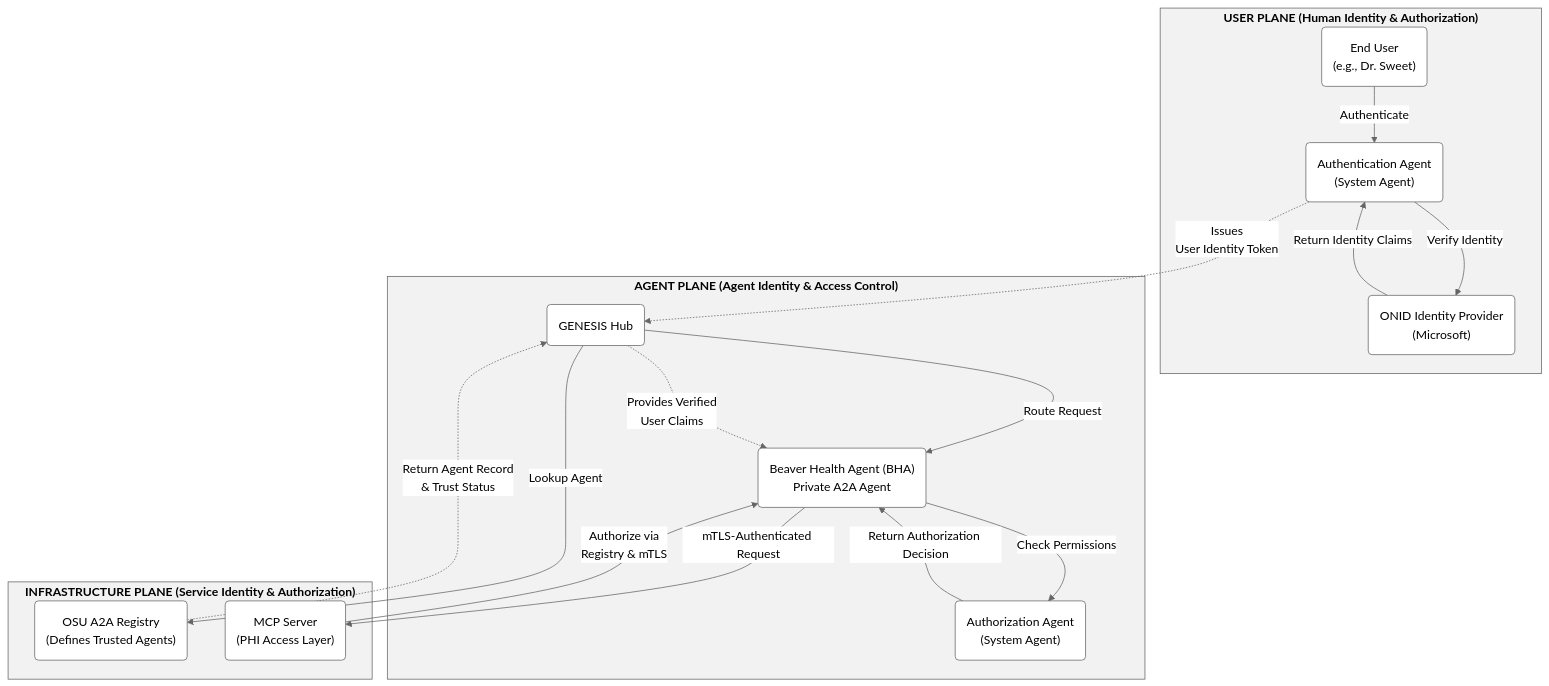
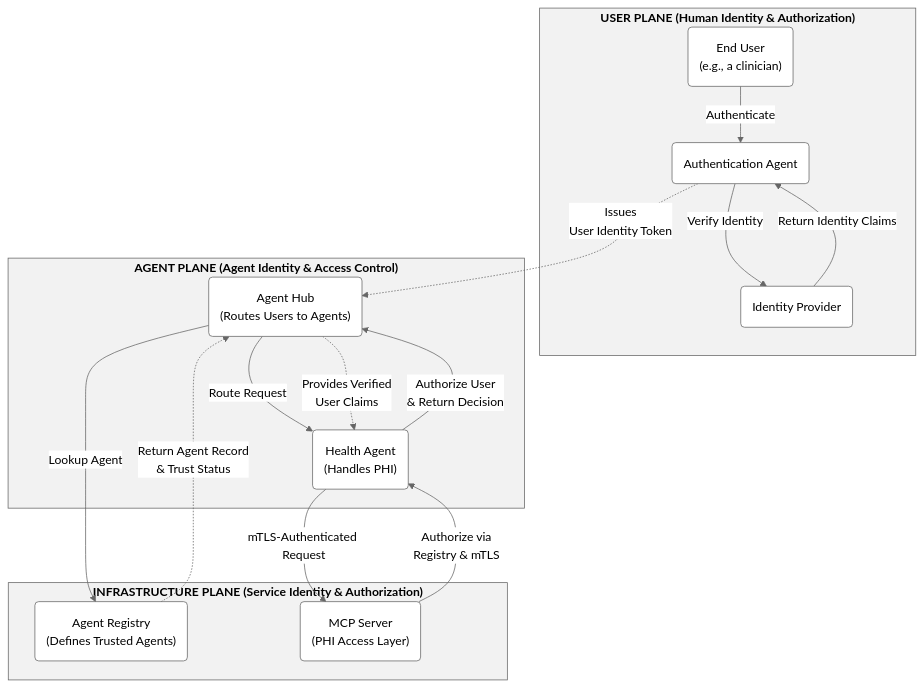
One commit to OpenBeavs/Cyrano-de-Bergerac-A2A-Secure changed the diagram in Architecture/trust-planes.md. Above: the diagram before and after it, drawn with Mermaid (neutral theme). The commit also changed other lines of this file, not shown here.

Commit message:
Remove brand names from trust-planes reference document
Replace product-specific terms with descriptive equivalents so the document
teaches the concept without tying it to any one product. GENESIS Hub ->
Agent Hub, ONID -> Identity Provider, Dr. Sweet -> a clinician, OSU A2A
Registry -> Agent Registry. Remove AuthzAgent (implementation detail).
Brand names survive only in the provenance line (historical fact).

````diff
--- a/Architecture/trust-planes.md
+++ b/Architecture/trust-planes.md
@@ -15,37 +15,35 @@
 ```mermaid
 flowchart TB
     classDef plane fill:#f2f2f2,stroke:#666,stroke-width:1px,color:#000,font-weight:bold
     classDef component fill:#ffffff,stroke:#666,stroke-width:1px
     
     subgraph UserPlane["USER PLANE (Human Identity & Authorization)"]
-        User("End User<br/>(e.g., Dr. Sweet)"):::component
-        AuthAgent("Authentication Agent<br/>(System Agent)"):::component
-        ONID("ONID Identity Provider<br/>(Microsoft)"):::component
+        User("End User<br/>(e.g., a clinician)"):::component
+        AuthAgent("Authentication Agent"):::component
+        IdP("Identity Provider"):::component
         User -->|"Authenticate"| AuthAgent
-        AuthAgent -->|"Verify Identity"| ONID
-        ONID -->|"Return Identity Claims"| AuthAgent
+        AuthAgent -->|"Verify Identity"| IdP
+        IdP -->|"Return Identity Claims"| AuthAgent
     end
     
     subgraph AgentPlane["AGENT PLANE (Agent Identity & Access Control)"]
-        Hub("GENESIS Hub"):::component
-        BHA("Beaver Health Agent (BHA)<br/>Private A2A Agent"):::component
-        AuthzAgent("Authorization Agent<br/>(System Agent)"):::component
+        Hub("Agent Hub<br/>(Routes Users to Agents)"):::component
+        BHA("Health Agent<br/>(Handles PHI)"):::component
         Hub -->|"Route Request"| BHA
-        BHA -->|"Check Permissions"| AuthzAgent
-        AuthzAgent -->|"Return Authorization Decision"| BHA
+        BHA -->|"Authorize User<br/>& Return Decision"| Hub
     end
     
     subgraph InfraPlane["INFRASTRUCTURE PLANE (Service Identity & Authorization)"]
-        Registry("OSU A2A Registry<br/>(Defines Trusted Agents)"):::component
+        Registry("Agent Registry<br/>(Defines Trusted Agents)"):::component
         MCP("MCP Server<br/>(PHI Access Layer)"):::component
         Hub -->|"Lookup Agent"| Registry
         Registry -.->|"Return Agent Record<br/>& Trust Status"| Hub
         BHA -->|"mTLS-Authenticated Request"| MCP
         MCP -->|"Authorize via<br/>Registry & mTLS"| BHA
     end
     
     AuthAgent -.->|"Issues<br/>User Identity Token"| Hub
     Hub -.->|"Provides Verified<br/>User Claims"| BHA
     
     class UserPlane,AgentPlane,InfraPlane plane
 ```
````
